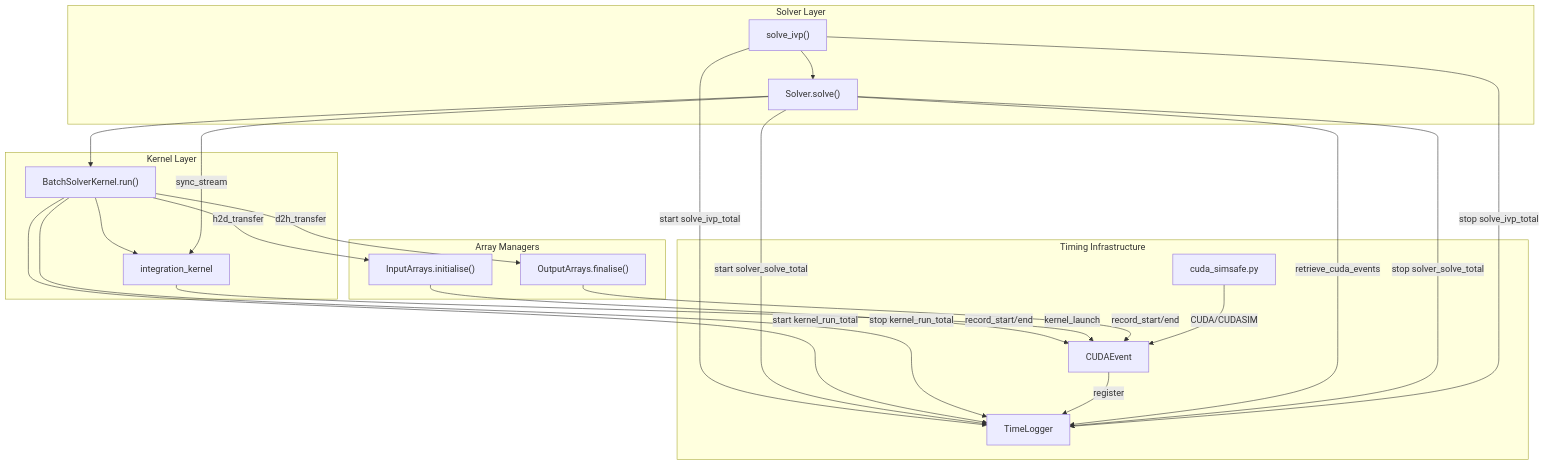
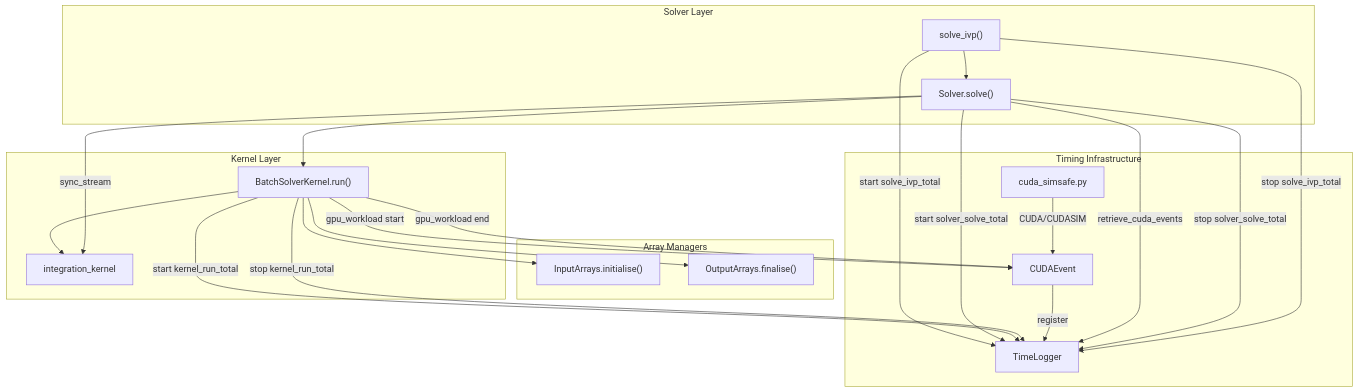
One commit to ccam80/cubie changed the first of 2 diagrams in .github/active_plans/runtime_logging/human_overview.md. Above: the diagram before and after it, drawn with Mermaid. The commit also changed other lines of this file and 2 other files, not shown here.

````diff
--- a/.github/active_plans/runtime_logging/human_overview.md
+++ b/.github/active_plans/runtime_logging/human_overview.md
@@ -59,44 +59,43 @@
 ```mermaid
 flowchart TD
     subgraph "Solver Layer"
         solve_ivp["solve_ivp()"]
         solve["Solver.solve()"]
     end
     
     subgraph "Kernel Layer"
         run["BatchSolverKernel.run()"]
         kernel["integration_kernel"]
     end
     
     subgraph "Array Managers"
         input["InputArrays.initialise()"]
         output["OutputArrays.finalise()"]
     end
     
     subgraph "Timing Infrastructure"
         TL["TimeLogger"]
         CE["CUDAEvent"]
         simsafe["cuda_simsafe.py"]
     end
     
     solve_ivp -->|"start solve_ivp_total"| TL
     solve_ivp --> solve
     solve -->|"start solver_solve_total"| TL
     solve --> run
     run -->|"start kernel_run_total"| TL
-    run -->|"h2d_transfer"| input
-    input -->|"record_start/end"| CE
+    run -->|"gpu_workload start"| CE
+    run --> input
     run --> kernel
-    kernel -->|"kernel_launch"| CE
-    run -->|"d2h_transfer"| output
-    output -->|"record_start/end"| CE
+    run --> output
+    run -->|"gpu_workload end"| CE
     run -->|"stop kernel_run_total"| TL
     
     CE -->|"register"| TL
     simsafe -->|"CUDA/CUDASIM"| CE
     
     solve -->|"sync_stream"| kernel
     solve -->|"retrieve_cuda_events"| TL
     solve -->|"stop solver_solve_total"| TL
     solve_ivp -->|"stop solve_ivp_total"| TL
 ```
````
